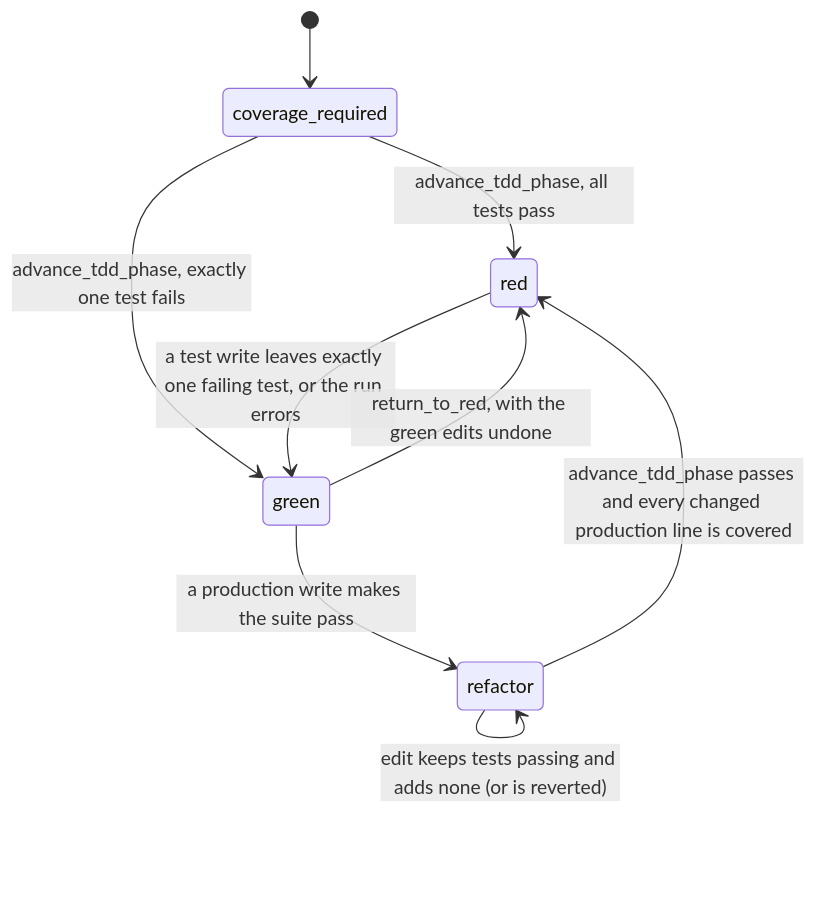
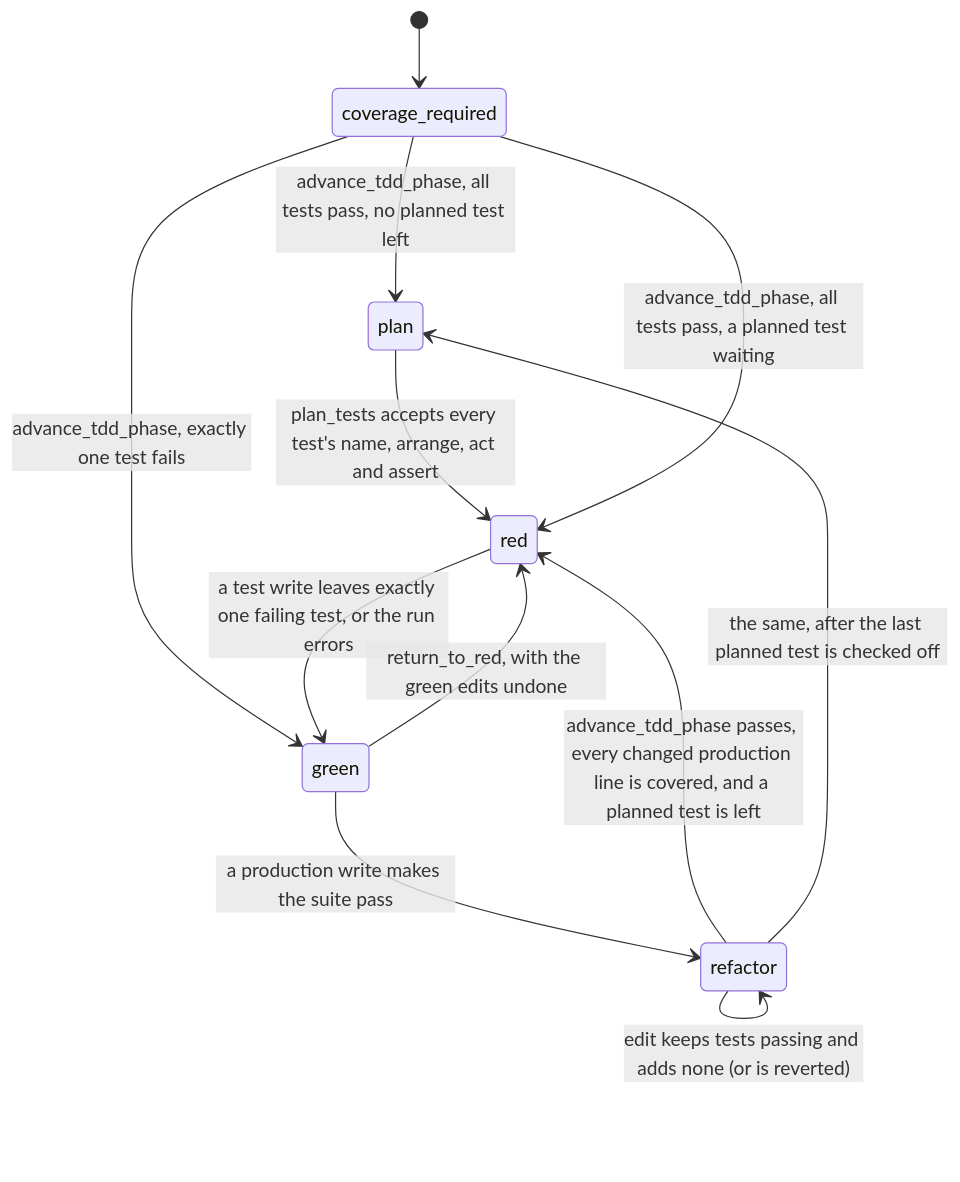
Before and after one commit to ChrisLucian-HunterIndustries/TDD-MCP: the diagram in README.md, drawn with Mermaid. The commit also changed other lines of this file and 1 other file, not shown here.

Commit message:
. d [test-plan] Document planning the tests as the first step

````diff
--- a/README.md
+++ b/README.md
@@ -7,11 +7,14 @@
 ```mermaid
 stateDiagram-v2
     [*] --> coverage_required
-    coverage_required --> red: advance_tdd_phase, all tests pass
+    coverage_required --> plan: advance_tdd_phase, all tests pass, no planned test left
+    plan --> red: plan_tests accepts every test's name, arrange, act and assert
+    coverage_required --> red: advance_tdd_phase, all tests pass, a planned test waiting
     coverage_required --> green: advance_tdd_phase, exactly one test fails
     red --> green: a test write leaves exactly one failing test, or the run errors
     green --> refactor: a production write makes the suite pass
     green --> red: return_to_red, with the green edits undone
-    refactor --> red: advance_tdd_phase passes and every changed production line is covered
+    refactor --> red: advance_tdd_phase passes, every changed production line is covered, and a planned test is left
+    refactor --> plan: the same, after the last planned test is checked off
     refactor --> refactor: edit keeps tests passing and adds none (or is reverted)
 ```
````
